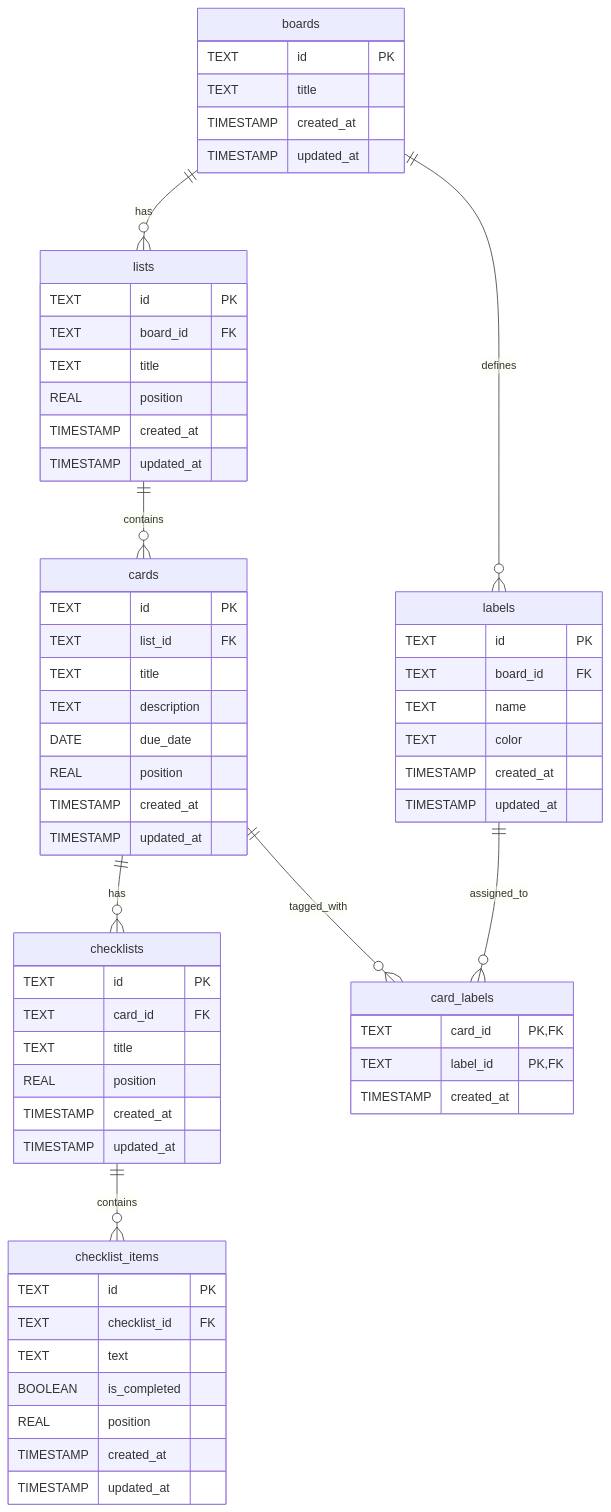
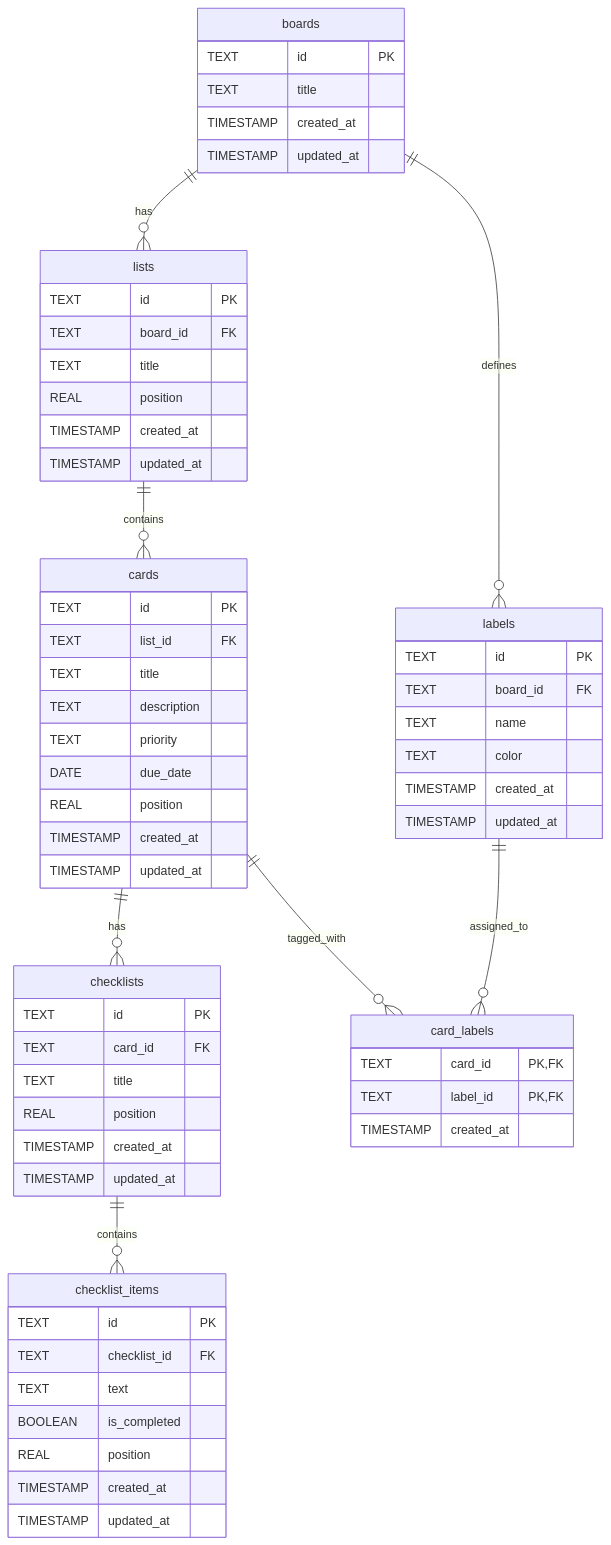
One commit to macmakobaseballer/TaskManagementForAI changed the diagram in docs/データベース設計.md. Above: the diagram before and after it, drawn with Mermaid. The commit also changed other lines of this file and 4 other files, not shown here.

````diff
--- a/docs/データベース設計.md
+++ b/docs/データベース設計.md
@@ -25,65 +26,66 @@
 ```mermaid
 erDiagram
     boards ||--o{ lists           : "has"
     boards ||--o{ labels          : "defines"
     lists  ||--o{ cards           : "contains"
     cards  ||--o{ checklists      : "has"
     cards  ||--o{ card_labels     : "tagged_with"
     labels ||--o{ card_labels     : "assigned_to"
     checklists ||--o{ checklist_items : "contains"
 
     boards {
         TEXT      id PK
         TEXT      title
         TIMESTAMP created_at
         TIMESTAMP updated_at
     }
     lists {
         TEXT      id PK
         TEXT      board_id FK
         TEXT      title
         REAL      position
         TIMESTAMP created_at
         TIMESTAMP updated_at
     }
     cards {
         TEXT      id PK
         TEXT      list_id FK
         TEXT      title
         TEXT      description
+        TEXT      priority
         DATE      due_date
         REAL      position
         TIMESTAMP created_at
         TIMESTAMP updated_at
     }
     labels {
         TEXT      id PK
         TEXT      board_id FK
         TEXT      name
         TEXT      color
         TIMESTAMP created_at
         TIMESTAMP updated_at
     }
     card_labels {
         TEXT      card_id PK,FK
         TEXT      label_id PK,FK
         TIMESTAMP created_at
     }
     checklists {
         TEXT      id PK
         TEXT      card_id FK
         TEXT      title
         REAL      position
         TIMESTAMP created_at
         TIMESTAMP updated_at
     }
     checklist_items {
         TEXT      id PK
         TEXT      checklist_id FK
         TEXT      text
         BOOLEAN   is_completed
         REAL      position
         TIMESTAMP created_at
         TIMESTAMP updated_at
     }
 ```
````
